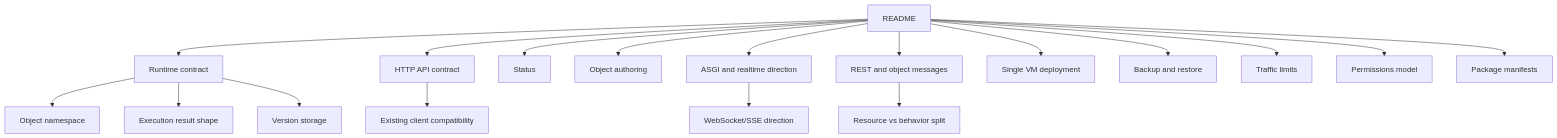
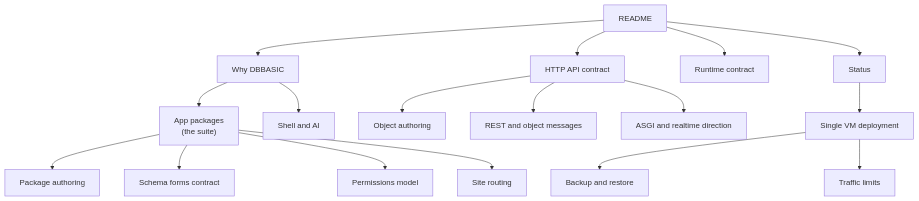
The diagram in docs/README.md (askrobots/dbbasic-object-server), drawn with Mermaid before and after one commit. The commit also changed other lines of this file and 5 other files, not shown here.

First line of the commit message:
Document the app suite, the shell/AI stack, and the advantages

````diff
--- a/docs/README.md
+++ b/docs/README.md
@@ -9,22 +9,23 @@
 ```mermaid
 flowchart TD
-    A["README"] --> B["Runtime contract"]
+    A["README"] --> W["Why DBBASIC"]
+    A --> R["Status"]
+    A --> B["Runtime contract"]
     A --> C["HTTP API contract"]
-    A --> R["Status"]
-    A --> M["Object authoring"]
-    A --> D["ASGI and realtime direction"]
-    A --> E["REST and object messages"]
-    A --> L["Single VM deployment"]
-    A --> N["Backup and restore"]
-    A --> O["Traffic limits"]
-    A --> P["Permissions model"]
-    A --> Q["Package manifests"]
 
-    B --> F["Object namespace"]
-    B --> G["Execution result shape"]
-    B --> H["Version storage"]
+    W --> APPS["App packages<br/>(the suite)"]
+    W --> SH["Shell and AI"]
 
-    C --> I["Existing client compatibility"]
-    D --> J["WebSocket/SSE direction"]
-    E --> K["Resource vs behavior split"]
+    APPS --> Q["Package authoring"]
+    APPS --> SF["Schema forms contract"]
+    APPS --> P["Permissions model"]
+    APPS --> SR["Site routing"]
+
+    C --> M["Object authoring"]
+    C --> E["REST and object messages"]
+    C --> D["ASGI and realtime direction"]
+
+    R --> L["Single VM deployment"]
+    L --> N["Backup and restore"]
+    L --> O["Traffic limits"]
 ```
````
